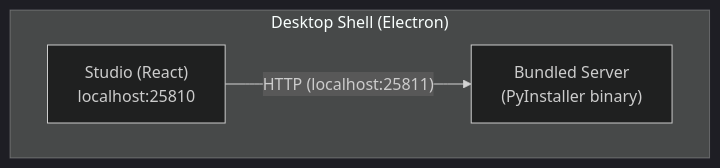
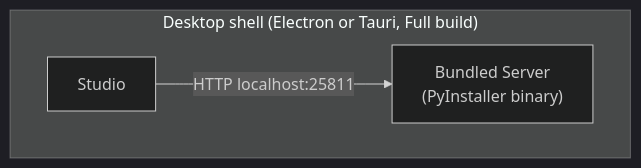
Before and after one commit to Sigilweaver/Loom: the first of 5 diagrams in docs/docs/developer/architecture/component-relationships.md, drawn with Mermaid (dark theme). The commit also changed other lines of this file and 5 other files, not shown here.

First line of the commit message:
docs(developer): correct architecture pages to match the code

````diff
--- a/docs/docs/developer/architecture/component-relationships.md
+++ b/docs/docs/developer/architecture/component-relationships.md
@@ -29,9 +32,8 @@
 ```mermaid
 flowchart TB
-    subgraph Shell["Desktop Shell (Electron)"]
-        Studio["Studio (React)<br/>localhost:25810"]
+    subgraph Shell["Desktop shell (Electron or Tauri, Full build)"]
+        Studio["Studio"]
         Server["Bundled Server<br/>(PyInstaller binary)"]
     end
-
-    Studio -->|"HTTP (localhost:25811)"| Server
+    Studio -->|"HTTP localhost:25811"| Server
 ```
````
